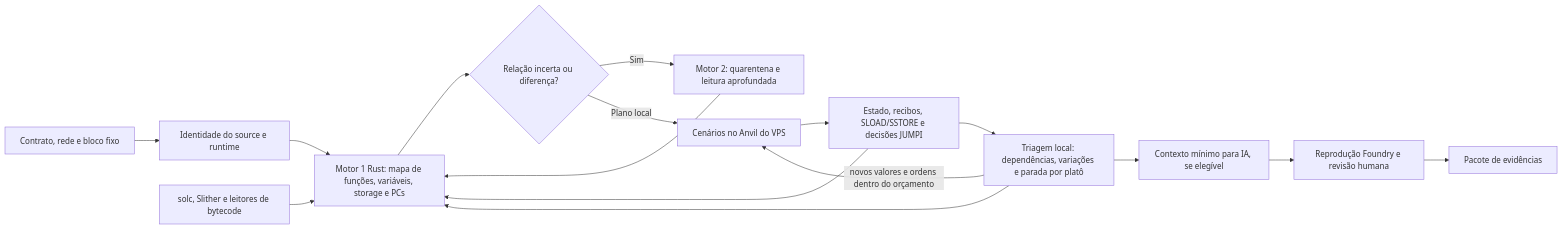
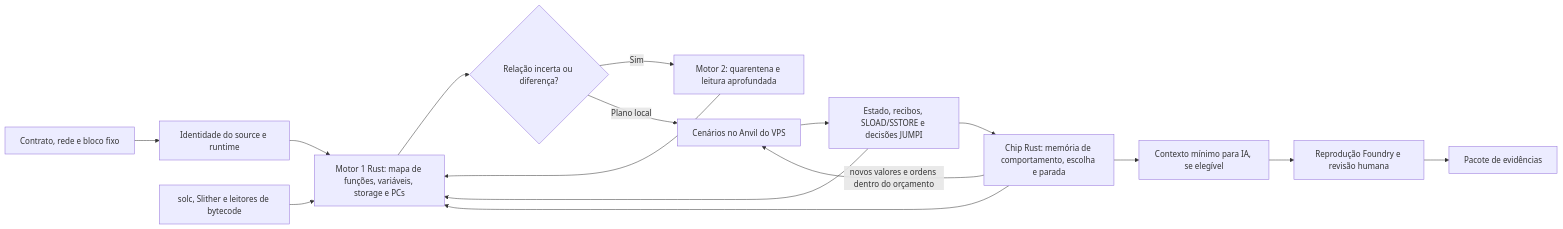
Before and after one commit to glaudsonvilela/Toupera-Agent: the diagram in docs/PROCESS-FLOW.md, drawn with Mermaid. The commit also changed other lines of this file and 10 other files, not shown here.

````diff
--- a/docs/PROCESS-FLOW.md
+++ b/docs/PROCESS-FLOW.md
@@ -3,18 +3,18 @@
 ```mermaid
 flowchart LR
     A[Contrato, rede e bloco fixo] --> B[Identidade do source e runtime]
     B --> C[Motor 1 Rust: mapa de funções, variáveis, storage e PCs]
     T[solc, Slither e leitores de bytecode] --> C
     C --> D{Relação incerta ou diferença?}
     D -- Sim --> E[Motor 2: quarentena e leitura aprofundada]
     E --> C
     D -- Plano local --> F[Cenários no Anvil do VPS]
     F --> G[Estado, recibos, SLOAD/SSTORE e decisões JUMPI]
     G --> C
-    G --> K[Triagem local: dependências, variações e parada por platô]
+    G --> K[Chip Rust: memória de comportamento, escolha e parada]
     K --> C
     K -- novos valores e ordens dentro do orçamento --> F
     K --> H[Contexto mínimo para IA, se elegível]
     H --> I[Reprodução Foundry e revisão humana]
     I --> J[Pacote de evidências]
 ```
````
